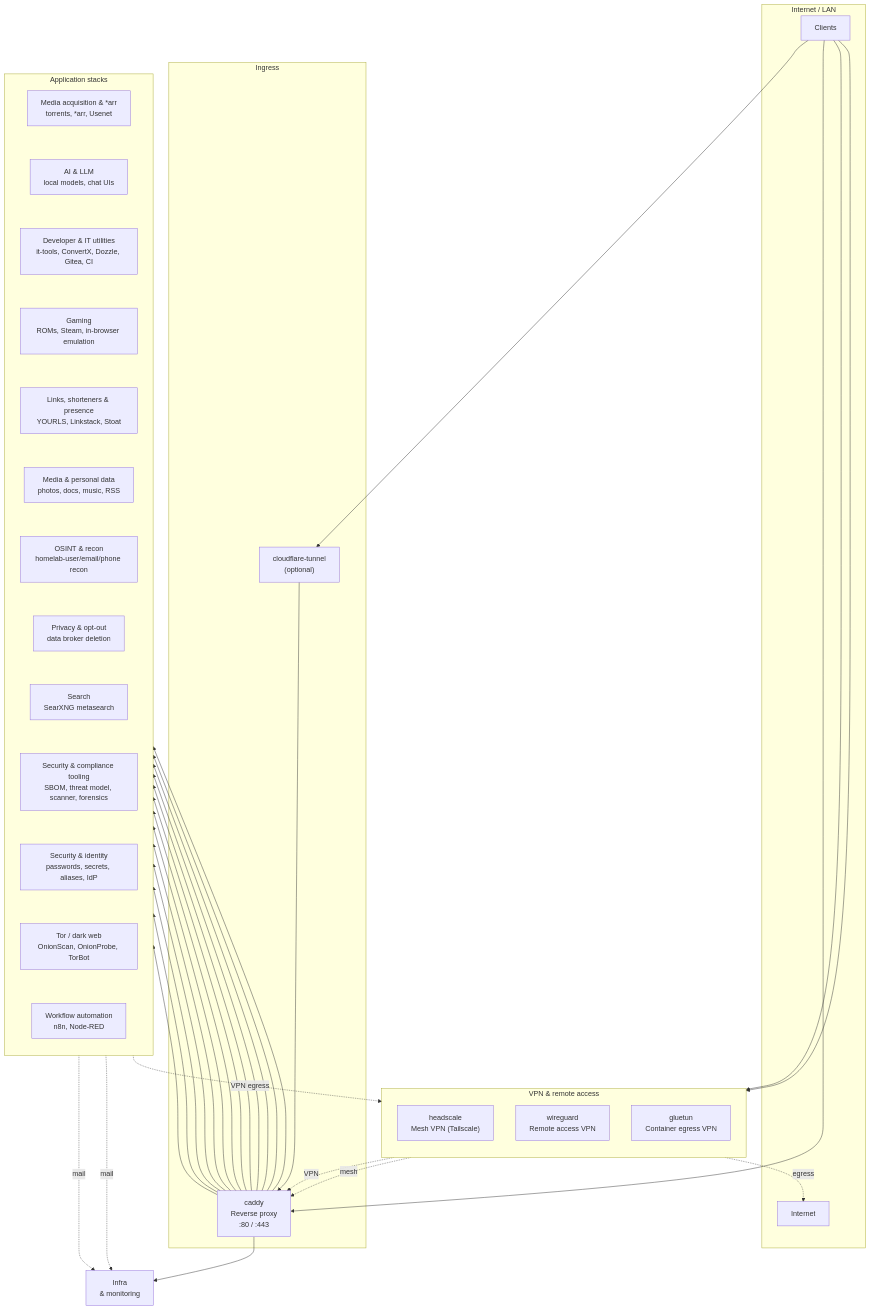
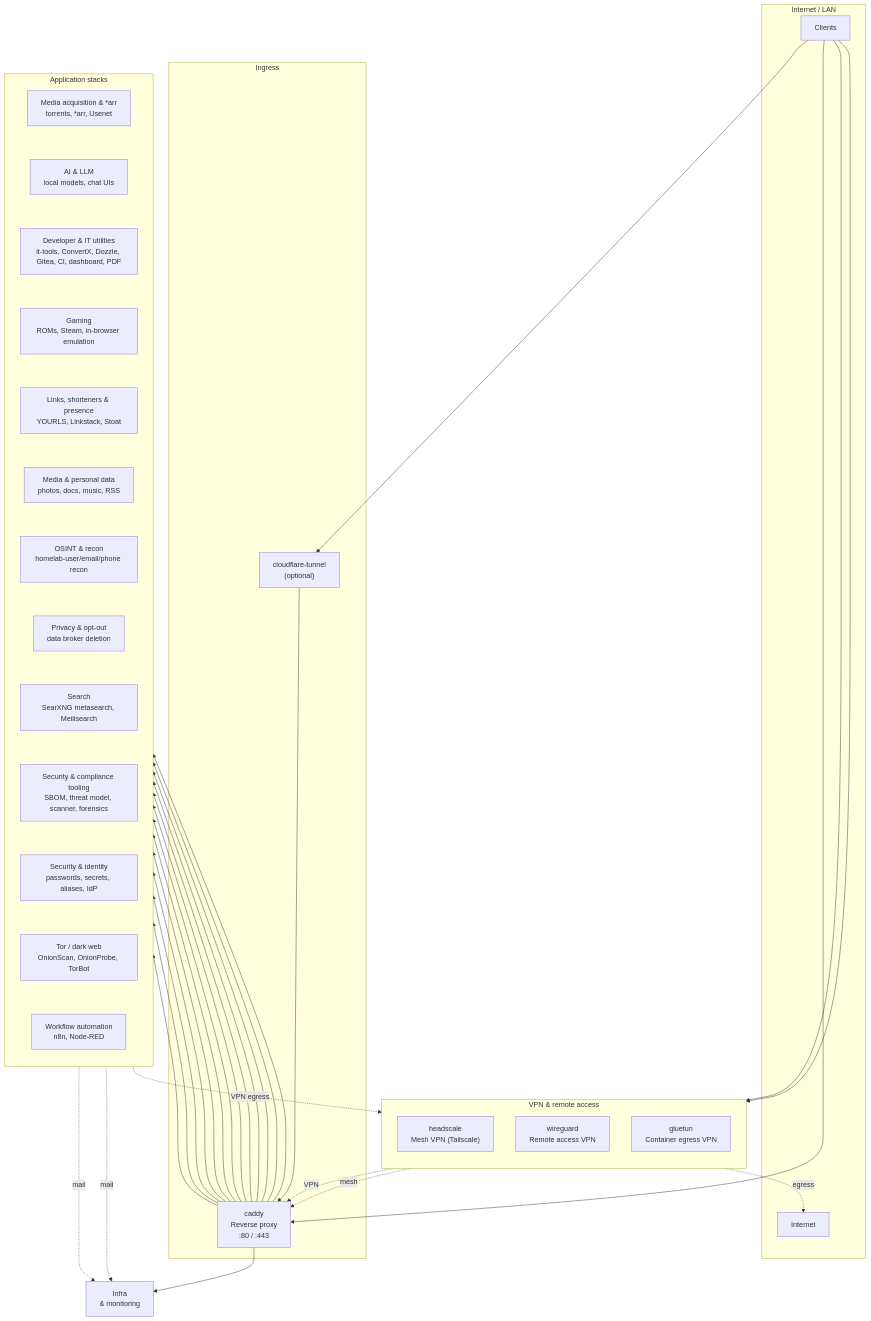
The first of 2 diagrams in README.md (bolens/homelab), drawn with Mermaid before and after one commit. The commit also changed other lines of this file and 178 other files, not shown here.

```diff
--- a/README.md
+++ b/README.md
@@ -51,7 +51,7 @@
         apps_ai["`AI & LLM
 local models, chat UIs`"]
         apps_dev["`Developer & IT utilities
-it-tools, ConvertX, Dozzle, Gitea, CI`"]
+it-tools, ConvertX, Dozzle, Gitea, CI, dashboard, PDF`"]
         apps_gaming["`Gaming
 ROMs, Steam, in-browser emulation`"]
         apps_links["`Links, shorteners & presence
@@ -63,7 +63,7 @@
         apps_privacy["`Privacy & opt-out
 data broker deletion`"]
         apps_search["`Search
-SearXNG metasearch`"]
+SearXNG metasearch, Meilisearch`"]
         apps_sec_tooling["`Security & compliance tooling
 SBOM, threat model, scanner, forensics`"]
         apps_security["`Security & identity
```
